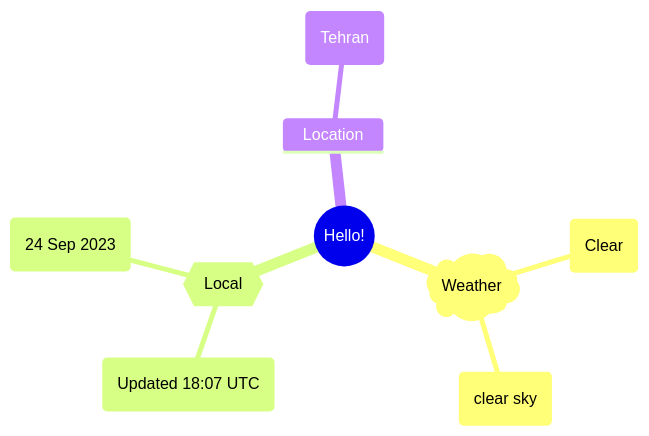
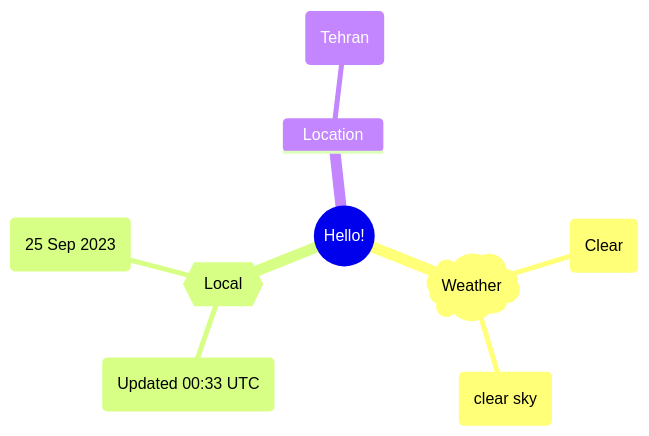
Before and after one commit to Xosrov/Xosrov: the first of 2 diagrams in README.md, drawn with Mermaid.

Commit message:
[bot] updated images

````diff
--- a/README.md
+++ b/README.md
@@ -3,12 +3,12 @@
 ```mermaid
 mindmap
   root((Hello!))
     )Weather(
         (Clear)
         (clear sky)
     {{Local}}
-        (Updated 18:07 UTC)
-        (24 Sep 2023)
+        (Updated 00:33 UTC)
+        (25 Sep 2023)
     Location
         (Tehran)
 ```
````
